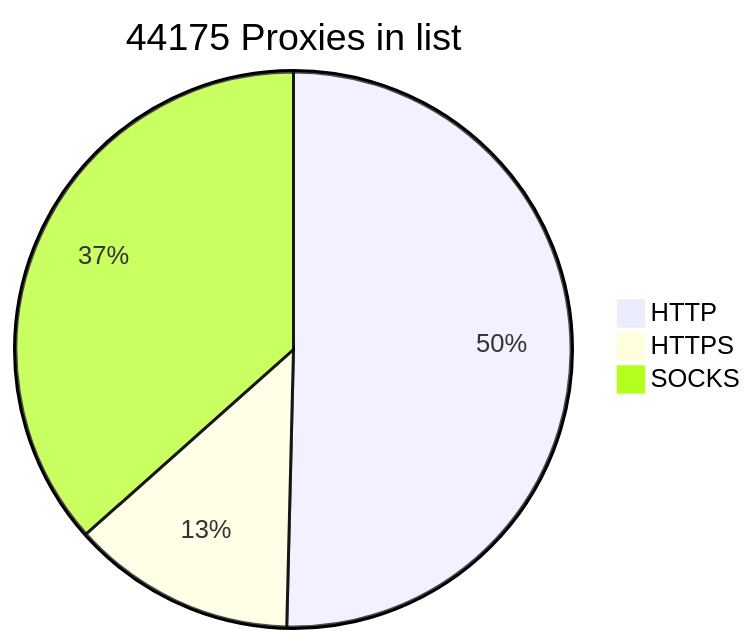
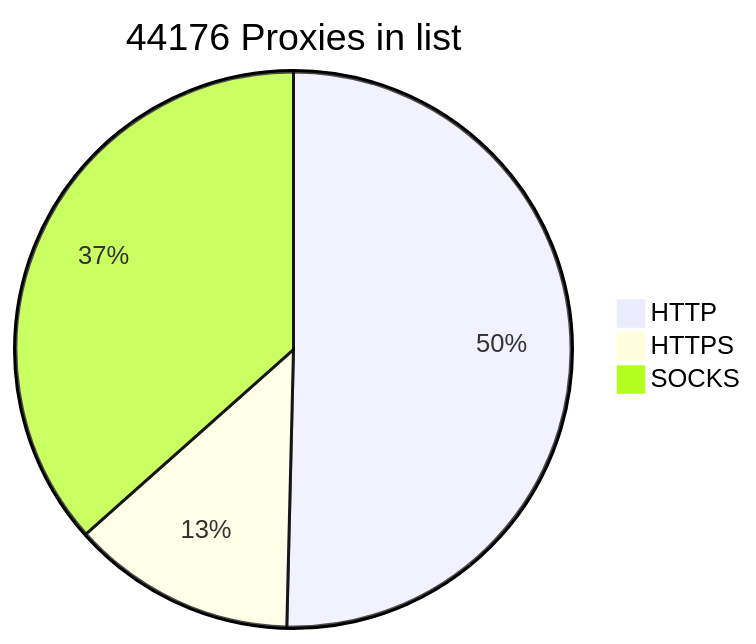
The diagram in README.md (BlackSnowDot/proxylist-update-every-minute), drawn with Mermaid before and after one commit.

````diff
--- a/README.md
+++ b/README.md
@@ -2,6 +2,6 @@
 ```mermaid
-pie title 44175 Proxies in list
+pie title 44176 Proxies in list
     "HTTP" : 24824
-    "HTTPS": 6425
+    "HTTPS": 6427
     "SOCKS" : 18018
 ```
````
